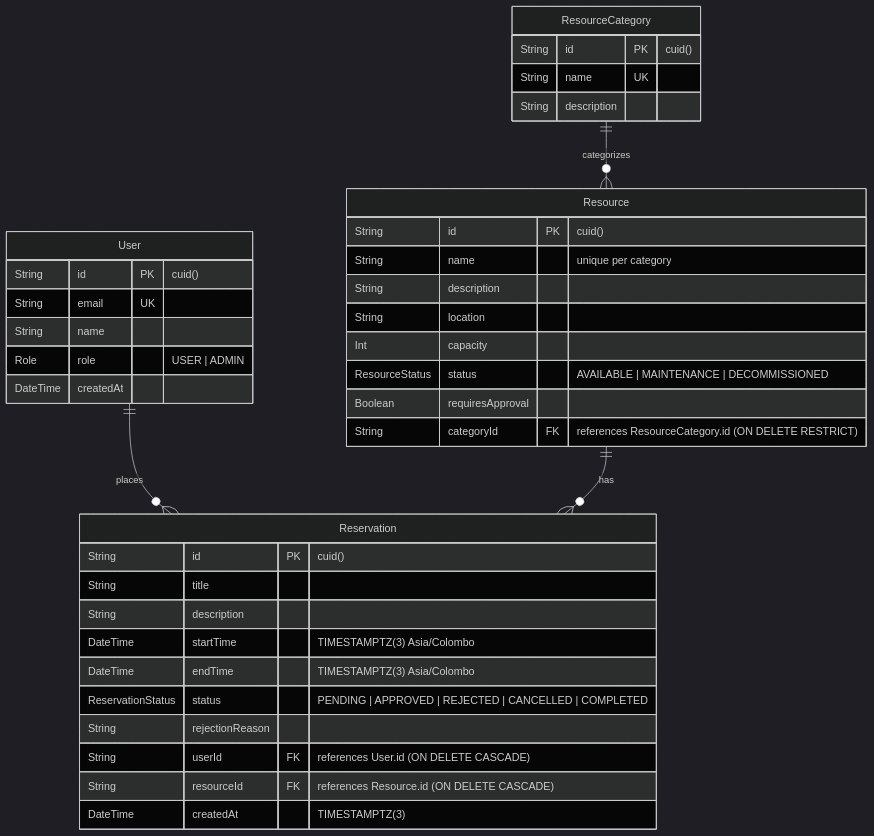
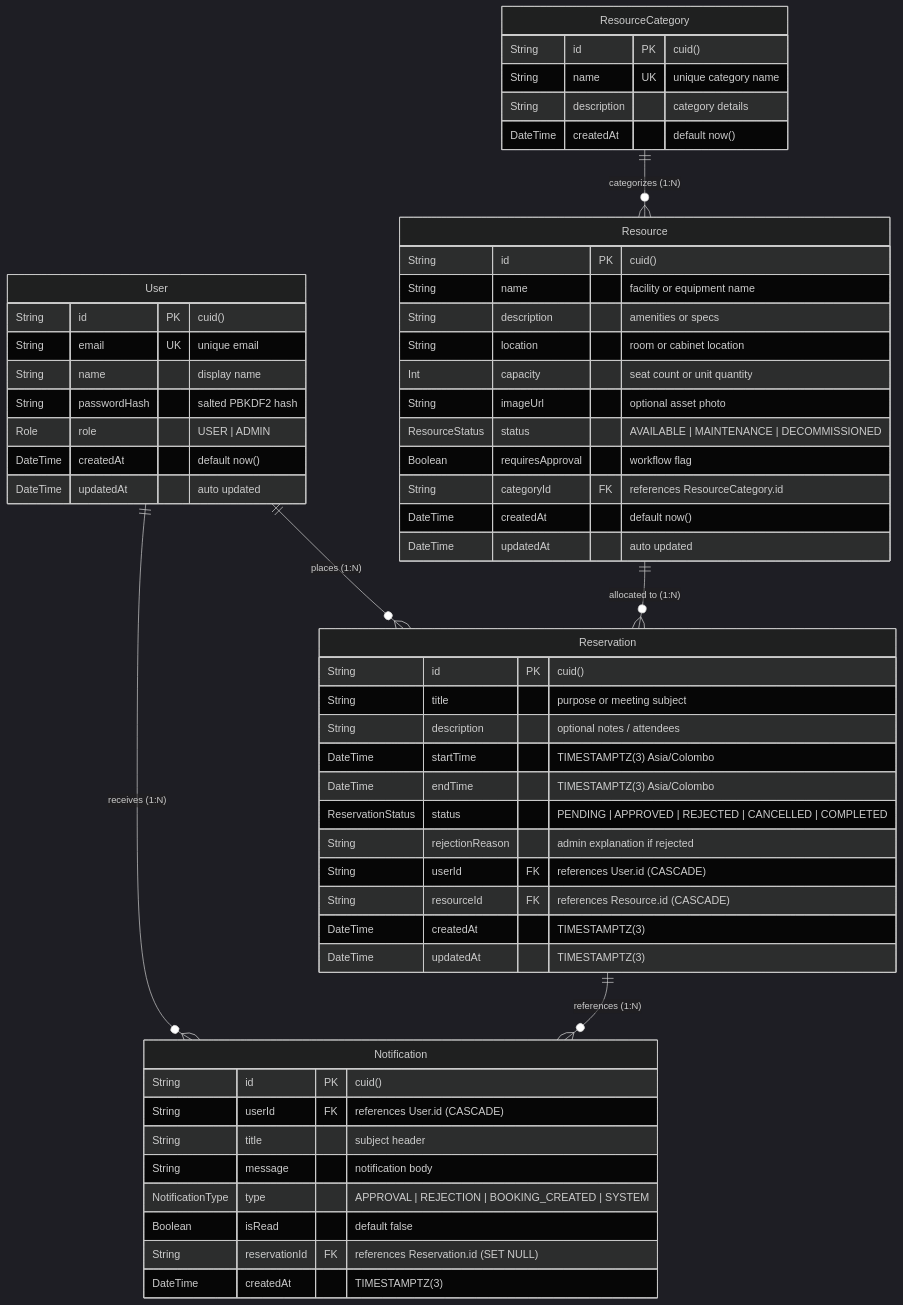
The diagram in README.md (chanukav/resource-reservation-system), drawn with Mermaid (dark theme) before and after one commit. The commit also changed other lines of this file and 1 other file, not shown here.

Commit message:
docs: complete submission requirements with deliverables and ERD shareable link

````diff
--- a/README.md
+++ b/README.md
@@ -40,43 +50,63 @@
 ```mermaid
 erDiagram
-    User ||--o{ Reservation : "places"
+    User ||--o{ Reservation : "places (1:N)"
+    User ||--o{ Notification : "receives (1:N)"
     User {
         String id PK "cuid()"
-        String email UK
-        String name
+        String email UK "unique email"
+        String name "display name"
+        String passwordHash "salted PBKDF2 hash"
         Role role "USER | ADMIN"
-        DateTime createdAt
+        DateTime createdAt "default now()"
+        DateTime updatedAt "auto updated"
     }
 
-    ResourceCategory ||--o{ Resource : "categorizes"
+    ResourceCategory ||--o{ Resource : "categorizes (1:N)"
     ResourceCategory {
         String id PK "cuid()"
-        String name UK
-        String description
+        String name UK "unique category name"
+        String description "category details"
+        DateTime createdAt "default now()"
     }
 
-    Resource ||--o{ Reservation : "has"
+    Resource ||--o{ Reservation : "allocated to (1:N)"
     Resource {
         String id PK "cuid()"
-        String name "unique per category"
-        String description
-        String location
-        Int capacity
+        String name "facility or equipment name"
+        String description "amenities or specs"
+        String location "room or cabinet location"
+        Int capacity "seat count or unit quantity"
+        String imageUrl "optional asset photo"
         ResourceStatus status "AVAILABLE | MAINTENANCE | DECOMMISSIONED"
-        Boolean requiresApproval
-        String categoryId FK "references ResourceCategory.id (ON DELETE RESTRICT)"
+        Boolean requiresApproval "workflow flag"
+        String categoryId FK "references ResourceCategory.id"
+        DateTime createdAt "default now()"
+        DateTime updatedAt "auto updated"
     }
 
+    Reservation ||--o{ Notification : "references (1:N)"
     Reservation {
         String id PK "cuid()"
-        String title
-        String description
+        String title "purpose or meeting subject"
+        String description "optional notes / attendees"
         DateTime startTime "TIMESTAMPTZ(3) Asia/Colombo"
         DateTime endTime "TIMESTAMPTZ(3) Asia/Colombo"
         ReservationStatus status "PENDING | APPROVED | REJECTED | CANCELLED | COMPLETED"
-        String rejectionReason
-        String userId FK "references User.id (ON DELETE CASCADE)"
-        String resourceId FK "references Resource.id (ON DELETE CASCADE)"
+        String rejectionReason "admin explanation if rejected"
+        String userId FK "references User.id (CASCADE)"
+        String resourceId FK "references Resource.id (CASCADE)"
+        DateTime createdAt "TIMESTAMPTZ(3)"
+        DateTime updatedAt "TIMESTAMPTZ(3)"
+    }
+
+    Notification {
+        String id PK "cuid()"
+        String userId FK "references User.id (CASCADE)"
+        String title "subject header"
+        String message "notification body"
+        NotificationType type "APPROVAL | REJECTION | BOOKING_CREATED | SYSTEM"
+        Boolean isRead "default false"
+        String reservationId FK "references Reservation.id (SET NULL)"
         DateTime createdAt "TIMESTAMPTZ(3)"
     }
 ```
````
